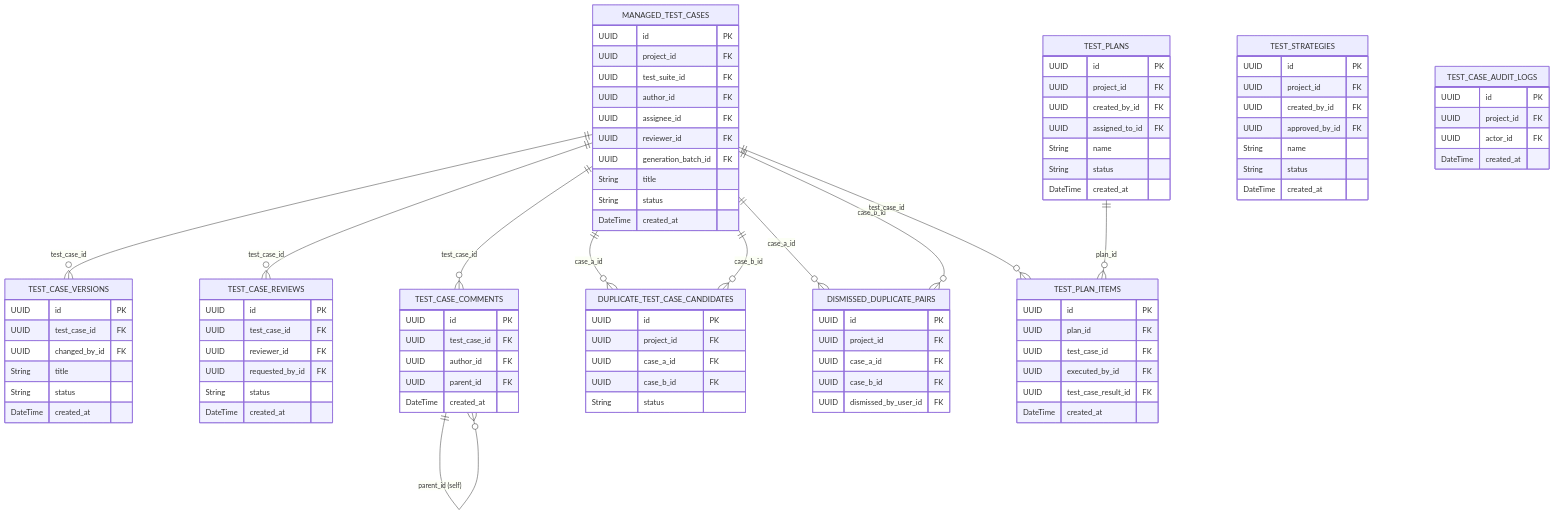
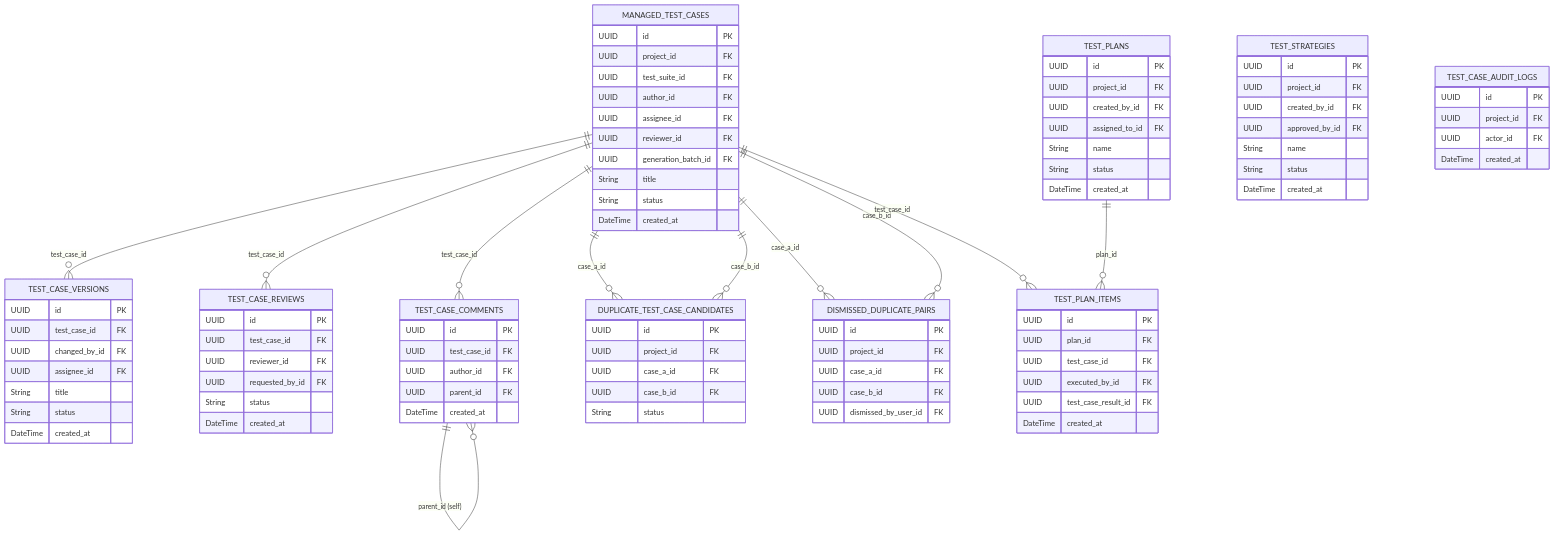
Before and after one commit to test-intelligence/testlookup: the seventh of 10 diagrams in architecture/DATABASE_SCHEMA.md, drawn with Mermaid. The commit also changed other lines of this file and 13 other files, not shown here.

```diff
--- a/architecture/DATABASE_SCHEMA.md
+++ b/architecture/DATABASE_SCHEMA.md
@@ -591,6 +591,7 @@
         UUID id PK
         UUID test_case_id FK
         UUID changed_by_id FK
+        UUID assignee_id FK
         String title
         String status
         DateTime created_at
```
